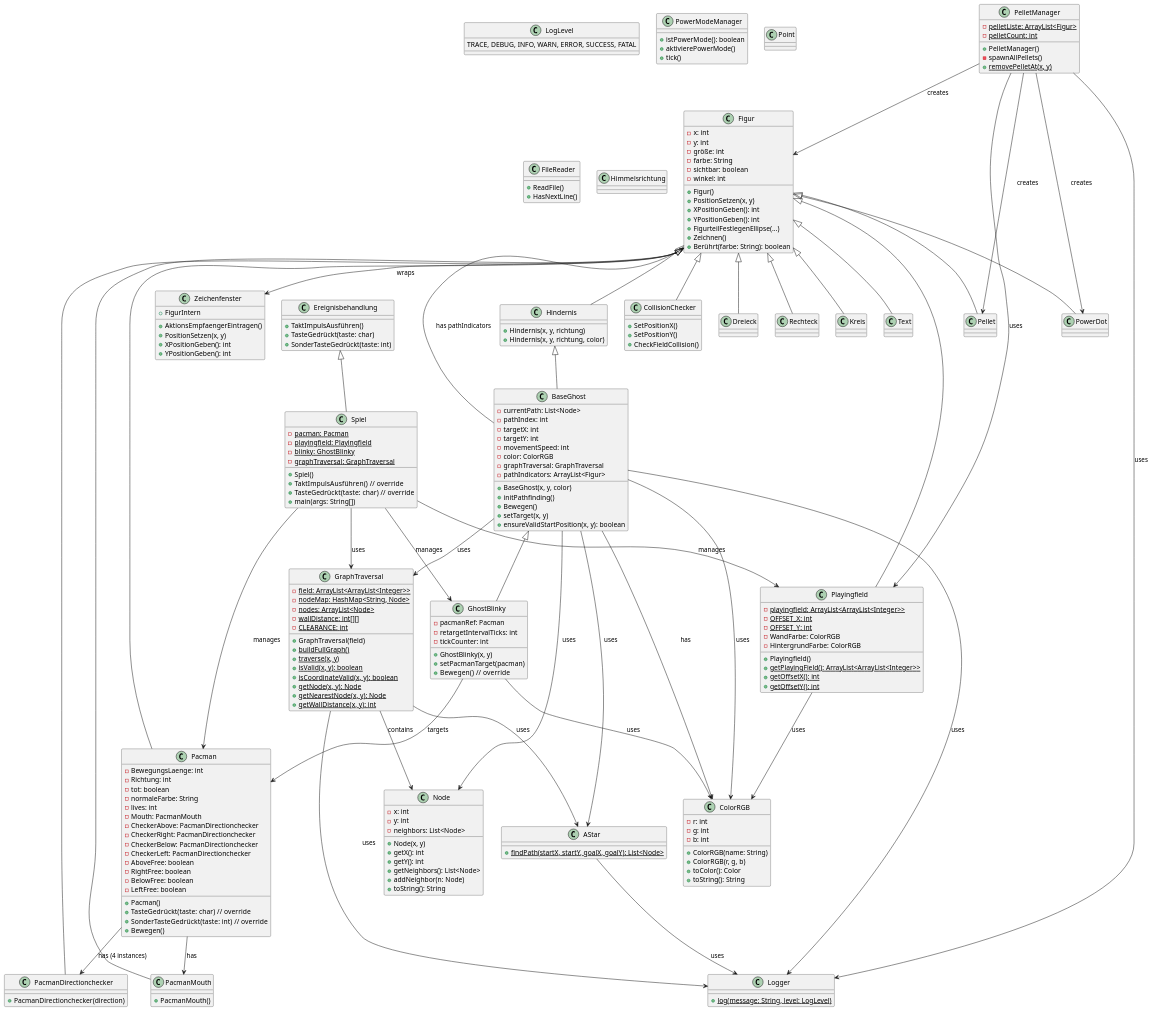
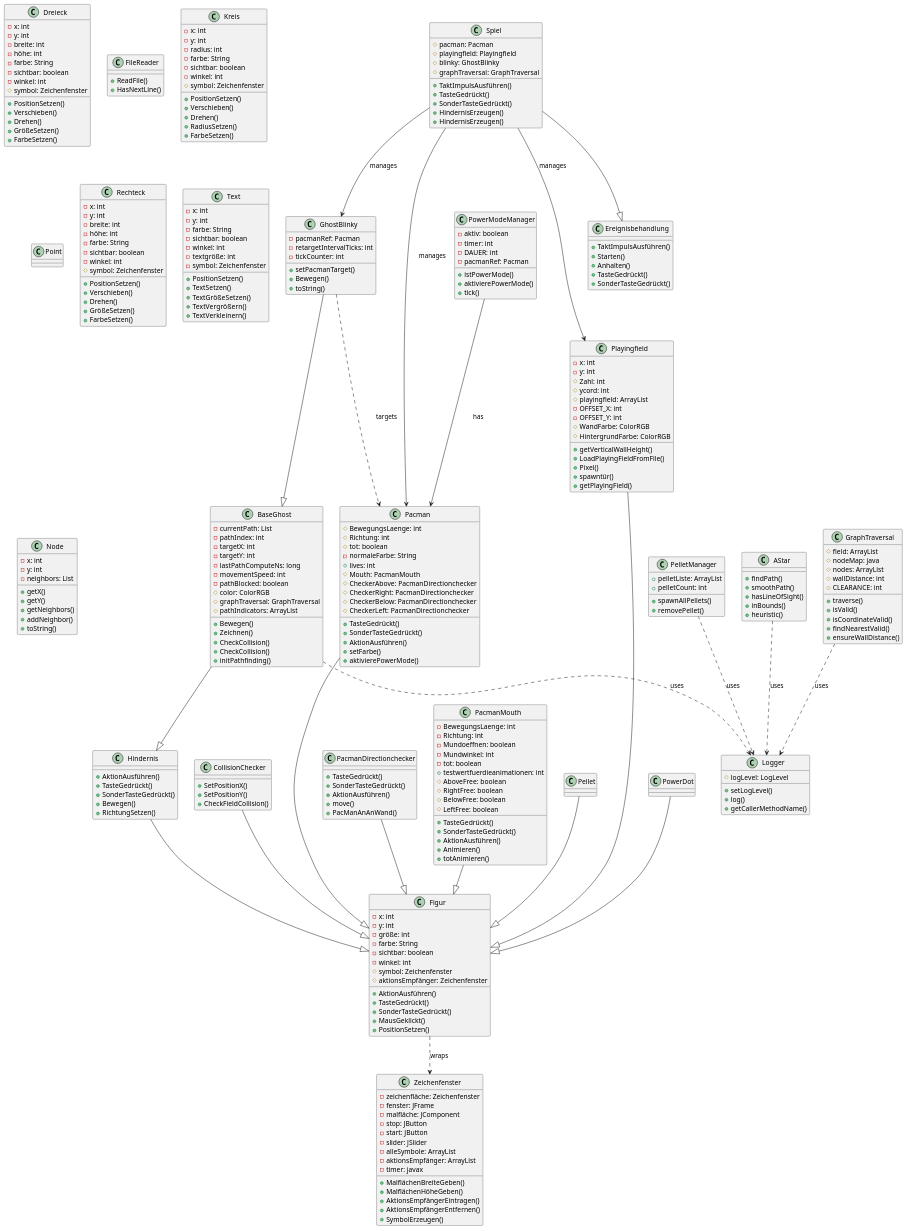
One commit to wandeltn/informatik-pacman-projekt changed the diagram in diagram.puml. Above: the diagram before and after it, drawn with PlantUML. The commit also changed 3 other files, not shown here.

```diff
--- a/diagram.puml
+++ b/diagram.puml
@@ -1,249 +1,284 @@
-@startuml PacMan UML Class Diagram
-
-class Zeichenfenster {
-    +AktionsEmpfaengerEintragen()
-    +FigurIntern
-    +PositionSetzen(x, y)
-    +XPositionGeben(): int
-    +YPositionGeben(): int
+@startuml
+class BaseGhost {
+  -currentPath: List
+  -pathIndex: int
+  -targetX: int
+  -targetY: int
+  -lastPathComputeNs: long
+  -movementSpeed: int
+  -pathBlocked: boolean
+  #color: ColorRGB
+  #graphTraversal: GraphTraversal
+  #pathIndicators: ArrayList
+  +Bewegen()
+  +Zeichnen()
+  +CheckCollision()
+  +CheckCollision()
+  +initPathfinding()
 }
-
+BaseGhost --|> Hindernis
+class CollisionChecker {
+  +SetPositionX()
+  +SetPositionY()
+  +CheckFieldCollision()
+}
+CollisionChecker --|> Figur
+class Dreieck {
+  -x: int
+  -y: int
+  -breite: int
+  -höhe: int
+  -farbe: String
+  -sichtbar: boolean
+  -winkel: int
+  #symbol: Zeichenfenster
+  +PositionSetzen()
+  +Verschieben()
+  +Drehen()
+  +GrößeSetzen()
+  +FarbeSetzen()
+}
 class Ereignisbehandlung {
-    +TaktImpulsAusführen()
-    +TasteGedrückt(taste: char)
-    +SonderTasteGedrückt(taste: int)
+  +TaktImpulsAusführen()
+  +Starten()
+  +Anhalten()
+  +TasteGedrückt()
+  +SonderTasteGedrückt()
 }
-
 class Figur {
-    -x: int
-    -y: int
-    -größe: int
-    -farbe: String
-    -sichtbar: boolean
-    -winkel: int
-    +Figur()
-    +PositionSetzen(x, y)
-    +XPositionGeben(): int
-    +YPositionGeben(): int
-    +FigurteilFestlegenEllipse(...)
-    +Zeichnen()
-    +Berührt(farbe: String): boolean
+  -x: int
+  -y: int
+  -größe: int
+  -farbe: String
+  -sichtbar: boolean
+  -winkel: int
+  #symbol: Zeichenfenster
+  #aktionsEmpfänger: Zeichenfenster
+  +AktionAusführen()
+  +TasteGedrückt()
+  +SonderTasteGedrückt()
+  +MausGeklickt()
+  +PositionSetzen()
 }
-
-class Hindernis extends Figur {
-    +Hindernis(x, y, richtung)
-    +Hindernis(x, y, richtung, color)
+class FileReader {
+  +ReadFile()
+  +HasNextLine()
 }
-
-class BaseGhost extends Hindernis {
-    -currentPath: List<Node>
-    -pathIndex: int
-    -targetX: int
-    -targetY: int
-    -movementSpeed: int
-    -color: ColorRGB
-    -graphTraversal: GraphTraversal
-    -pathIndicators: ArrayList<Figur>
-    +BaseGhost(x, y, color)
-    +initPathfinding()
-    +Bewegen()
-    +setTarget(x, y)
-    +ensureValidStartPosition(x, y): boolean
+class GhostBlinky {
+  -pacmanRef: Pacman
+  -retargetIntervalTicks: int
+  -tickCounter: int
+  +setPacmanTarget()
+  +Bewegen()
+  +toString()
 }
-
-class GhostBlinky extends BaseGhost {
-    -pacmanRef: Pacman
-    -retargetIntervalTicks: int
-    -tickCounter: int
-    +GhostBlinky(x, y)
-    +setPacmanTarget(pacman)
-    +Bewegen()  // override
+GhostBlinky --|> BaseGhost
+class Hindernis {
+  +AktionAusführen()
+  +TasteGedrückt()
+  +SonderTasteGedrückt()
+  +Bewegen()
+  +RichtungSetzen()
 }
-
-class Pacman extends Figur {
-    -BewegungsLaenge: int
-    -Richtung: int
-    -tot: boolean
-    -normaleFarbe: String
-    -lives: int
-    -Mouth: PacmanMouth
-    -CheckerAbove: PacmanDirectionchecker
-    -CheckerRight: PacmanDirectionchecker
-    -CheckerBelow: PacmanDirectionchecker
-    -CheckerLeft: PacmanDirectionchecker
-    -AboveFree: boolean
-    -RightFree: boolean
-    -BelowFree: boolean
-    -LeftFree: boolean
-    +Pacman()
-    +TasteGedrückt(taste: char)  // override
-    +SonderTasteGedrückt(taste: int)  // override
-    +Bewegen()
+Hindernis --|> Figur
+class Kreis {
+  -x: int
+  -y: int
+  -radius: int
+  -farbe: String
+  -sichtbar: boolean
+  -winkel: int
+  #symbol: Zeichenfenster
+  +PositionSetzen()
+  +Verschieben()
+  +Drehen()
+  +RadiusSetzen()
+  +FarbeSetzen()
 }
-
-class Playingfield extends Figur {
-    {static} -playingfield: ArrayList<ArrayList<Integer>>
-    {static} -OFFSET_X: int
-    {static} -OFFSET_Y: int
-    -WandFarbe: ColorRGB
-    -HintergrundFarbe: ColorRGB
-    +Playingfield()
-    {static} +getPlayingField(): ArrayList<ArrayList<Integer>>
-    {static} +getOffsetX(): int
-    {static} +getOffsetY(): int
+class Pacman {
+  #BewegungsLaenge: int
+  #Richtung: int
+  #tot: boolean
+  -normaleFarbe: String
+  +lives: int
+  #Mouth: PacmanMouth
+  #CheckerAbove: PacmanDirectionchecker
+  #CheckerRight: PacmanDirectionchecker
+  #CheckerBelow: PacmanDirectionchecker
+  #CheckerLeft: PacmanDirectionchecker
+  +TasteGedrückt()
+  +SonderTasteGedrückt()
+  +AktionAusführen()
+  +setFarbe()
+  +aktivierePowerMode()
 }
-
-class Spiel extends Ereignisbehandlung {
-    {static} -pacman: Pacman
-    {static} -playingfield: Playingfield
-    {static} -blinky: GhostBlinky
-    {static} -graphTraversal: GraphTraversal
-    +Spiel()
-    +TaktImpulsAusführen()  // override
-    +TasteGedrückt(taste: char)  // override
-    +main(args: String[])
+Pacman --|> Figur
+class PacmanDirectionchecker {
+  +TasteGedrückt()
+  +SonderTasteGedrückt()
+  +AktionAusführen()
+  +move()
+  +PacManAnAnWand()
 }
-
-class GraphTraversal {
-    {static} -field: ArrayList<ArrayList<Integer>>
-    {static} -nodeMap: HashMap<String, Node>
-    {static} -nodes: ArrayList<Node>
-    {static} -wallDistance: int[][]
-    {static} -CLEARANCE: int
-    +GraphTraversal(field)
-    {static} +buildFullGraph()
-    {static} +traverse(x, y)
-    {static} +isValid(x, y): boolean
-    {static} +isCoordinateValid(x, y): boolean
-    {static} +getNode(x, y): Node
-    {static} +getNearestNode(x, y): Node
-    {static} +getWallDistance(x, y): int
+PacmanDirectionchecker --|> Figur
+class PacmanMouth {
+  -BewegungsLaenge: int
+  -Richtung: int
+  -Mundoeffnen: boolean
+  -Mundwinkel: int
+  -tot: boolean
+  +testwertfuerdieanimationen: int
+  #AboveFree: boolean
+  #RightFree: boolean
+  #BelowFree: boolean
+  #LeftFree: boolean
+  +TasteGedrückt()
+  +SonderTasteGedrückt()
+  +AktionAusführen()
+  +Animieren()
+  +totAnimieren()
 }
-
-class AStar {
-    +{static} findPath(startX, startY, goalX, goalY): List<Node>
+PacmanMouth --|> Figur
+class Pellet {
 }
-
-class Node {
-    -x: int
-    -y: int
-    -neighbors: List<Node>
-    +Node(x, y)
-    +getX(): int
-    +getY(): int
-    +getNeighbors(): List<Node>
-    +addNeighbor(n: Node)
-    +toString(): String
+Pellet --|> Figur
+class PelletManager {
+  +pelletListe: ArrayList
+  +pelletCount: int
+  +spawnAllPellets()
+  +removePellet()
 }
-
-class PelletManager {
-    {static} -pelletListe: ArrayList<Figur>
-    {static} -pelletCount: int
-    +PelletManager()
-    -spawnAllPellets()
-    {static} +removePelletAt(x, y)
+class Playingfield {
+  -x: int
+  -y: int
+  #Zahl: int
+  #ycord: int
+  #playingfield: ArrayList
+  -OFFSET_X: int
+  -OFFSET_Y: int
+  #WandFarbe: ColorRGB
+  #HintergrundFarbe: ColorRGB
+  +getVerticalWallHeight()
+  +LoadPlayingFieldFromFile()
+  +Pixel()
+  +spawntür()
+  +getPlayingField()
 }
-
-class PacmanMouth extends Figur {
-    +PacmanMouth()
-}
-
-class PacmanDirectionchecker extends Figur {
-    +PacmanDirectionchecker(direction)
-}
-
-class ColorRGB {
-    -r: int
-    -g: int
-    -b: int
-    +ColorRGB(name: String)
-    +ColorRGB(r, g, b)
-    +toColor(): Color
-    +toString(): String
-}
-
-class Logger {
-    {static} +log(message: String, level: LogLevel)
-}
-
-class LogLevel {
-    TRACE, DEBUG, INFO, WARN, ERROR, SUCCESS, FATAL
-}
-
-class CollisionChecker extends Figur {
-    +SetPositionX()
-    +SetPositionY()
-    +CheckFieldCollision()
-}
-
-class Pellet extends Figur {
-}
-
-class PowerDot extends Figur {
-}
-
-class PowerModeManager {
-    +istPowerMode(): boolean
-    +aktivierePowerMode()
-    +tick()
-}
-
+Playingfield --|> Figur
 class Point {
 }
-
-class FileReader {
-    +ReadFile()
-    +HasNextLine()
+class PowerDot {
 }
-
-class Dreieck extends Figur {
+PowerDot --|> Figur
+class PowerModeManager {
+  -aktiv: boolean
+  -timer: int
+  -DAUER: int
+  -pacmanRef: Pacman
+  +istPowerMode()
+  +aktivierePowerMode()
+  +tick()
 }
-
-class Rechteck extends Figur {
+class Rechteck {
+  -x: int
+  -y: int
+  -breite: int
+  -höhe: int
+  -farbe: String
+  -sichtbar: boolean
+  -winkel: int
+  #symbol: Zeichenfenster
+  +PositionSetzen()
+  +Verschieben()
+  +Drehen()
+  +GrößeSetzen()
+  +FarbeSetzen()
 }
-
-class Kreis extends Figur {
+class Spiel {
+  #pacman: Pacman
+  #playingfield: Playingfield
+  #blinky: GhostBlinky
+  #graphTraversal: GraphTraversal
+  +TaktImpulsAusführen()
+  +TasteGedrückt()
+  +SonderTasteGedrückt()
+  +HindernisErzeugen()
+  +HindernisErzeugen()
 }
-
-class Text extends Figur {
+Spiel --|> Ereignisbehandlung
+class Text {
+  -x: int
+  -y: int
+  -farbe: String
+  -sichtbar: boolean
+  -winkel: int
+  -textgröße: int
+  -symbol: Zeichenfenster
+  +PositionSetzen()
+  +TextSetzen()
+  +TextGrößeSetzen()
+  +TextVergrößern()
+  +TextVerkleinern()
 }
-
-class Himmelsrichtung {
+class Zeichenfenster {
+  -zeichenfläche: Zeichenfenster
+  -fenster: JFrame
+  -malfläche: JComponent
+  -stop: JButton
+  -start: JButton
+  -slider: JSlider
+  -alleSymbole: ArrayList
+  -aktionsEmpfänger: ArrayList
+  -timer: javax
+  +MalflächenBreiteGeben()
+  +MalflächenHöheGeben()
+  +AktionsEmpfängerEintragen()
+  +AktionsEmpfängerEntfernen()
+  +SymbolErzeugen()
 }
-
+class AStar {
+  +findPath()
+  +smoothPath()
+  +hasLineOfSight()
+  +inBounds()
+  +heuristic()
+}
+class GraphTraversal {
+  #field: ArrayList
+  #nodeMap: java
+  #nodes: ArrayList
+  #wallDistance: int
+  #CLEARANCE: int
+  +traverse()
+  +isValid()
+  +isCoordinateValid()
+  +findNearestValid()
+  +ensureWallDistance()
+}
+class Node {
+  -x: int
+  -y: int
+  -neighbors: List
+  +getX()
+  +getY()
+  +getNeighbors()
+  +addNeighbor()
+  +toString()
+}
+class Logger {
+  #logLevel: LogLevel
+  +setLogLevel()
+  +log()
+  +getCallerMethodName()
+}
 Spiel --> Pacman : manages
 Spiel --> Playingfield : manages
 Spiel --> GhostBlinky : manages
-Spiel --> GraphTraversal : uses
-
-BaseGhost --> GraphTraversal : uses
-BaseGhost --> AStar : uses
-BaseGhost --> Node : uses
-BaseGhost --> Figur : has pathIndicators
-BaseGhost --> ColorRGB : has
-
-Pacman --> PacmanMouth : has
-Pacman --> PacmanDirectionchecker : has (4 instances)
-
-GraphTraversal --> Node : contains
-GraphTraversal --> AStar : uses
-
-PelletManager --> Playingfield : uses
-PelletManager --> Figur : creates
-PelletManager --> Pellet : creates
-PelletManager --> PowerDot : creates
-
-Figur --> Zeichenfenster : wraps
-
-Playingfield --> ColorRGB : uses
-BaseGhost --> ColorRGB : uses
-GhostBlinky --> ColorRGB : uses
-
-BaseGhost --> Logger : uses
-GraphTraversal --> Logger : uses
-AStar --> Logger : uses
-PelletManager --> Logger : uses
-
-GhostBlinky --> Pacman : targets
-
+PowerModeManager --> Pacman : has
+BaseGhost ..> Logger : uses
+GraphTraversal ..> Logger : uses
+AStar ..> Logger : uses
+PelletManager ..> Logger : uses
+GhostBlinky ..> Pacman : targets
+Figur ..> Zeichenfenster : wraps
 @enduml
```
